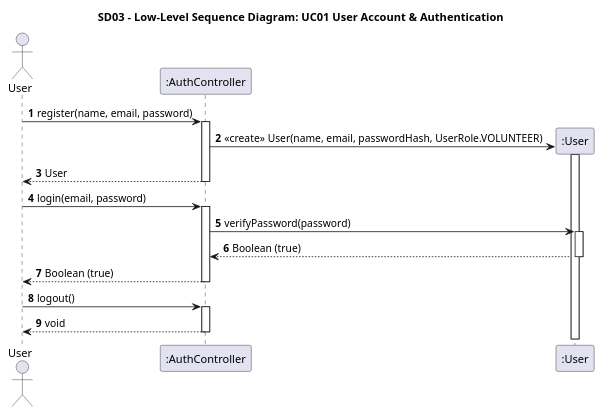
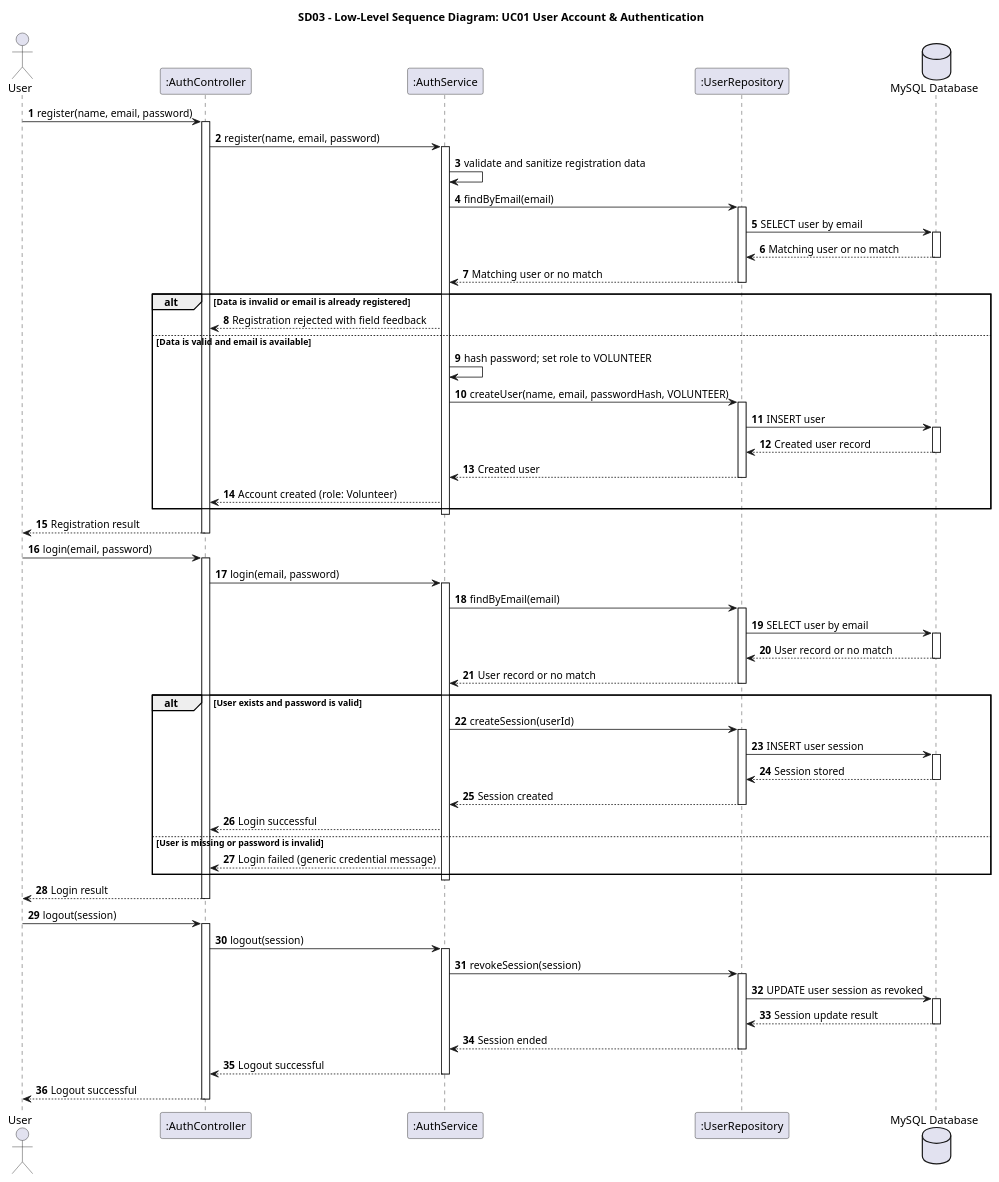
Before and after one commit to LeenQasem/SE-project-group8: the diagram in uml/sequence-diagrams/SD03_Low_Level_UC01_Auth.puml, drawn with PlantUML. The commit also changed 7 other files, not shown here.

```diff
--- a/uml/sequence-diagrams/SD03_Low_Level_UC01_Auth.puml
+++ b/uml/sequence-diagrams/SD03_Low_Level_UC01_Auth.puml
@@ -1,27 +1,86 @@
 @startuml SD03_Low_Level_UC01_Auth
 title SD03 - Low-Level Sequence Diagram: UC01 User Account & Authentication
 autonumber
 actor User
-participant ":AuthController" as Auth
-participant ":User" as U
+participant ":AuthController" as AuthController
+participant ":AuthService" as AuthService
+participant ":UserRepository" as UserRepository
+database "MySQL Database" as DB
 
-User -> Auth : register(name, email, password)
-activate Auth
-Auth -> U ** : <<create>> User(name, email, passwordHash, UserRole.VOLUNTEER)
-activate U
- deactivate U
-Auth --> User : User
-deactivate Auth
-User -> Auth : login(email, password)
-activate Auth
-Auth -> U : verifyPassword(password)
-activate U
-U --> Auth : Boolean (true)
-deactivate U
-Auth --> User : Boolean (true)
-deactivate Auth
-User -> Auth : logout()
-activate Auth
-Auth --> User : void
-deactivate Auth
+User -> AuthController : register(name, email, password)
+activate AuthController
+AuthController -> AuthService : register(name, email, password)
+activate AuthService
+AuthService -> AuthService : validate and sanitize registration data
+AuthService -> UserRepository : findByEmail(email)
+activate UserRepository
+UserRepository -> DB : SELECT user by email
+activate DB
+DB --> UserRepository : Matching user or no match
+deactivate DB
+UserRepository --> AuthService : Matching user or no match
+deactivate UserRepository
+alt Data is invalid or email is already registered
+    AuthService --> AuthController : Registration rejected with field feedback
+else Data is valid and email is available
+    AuthService -> AuthService : hash password; set role to VOLUNTEER
+    AuthService -> UserRepository : createUser(name, email, passwordHash, VOLUNTEER)
+    activate UserRepository
+    UserRepository -> DB : INSERT user
+    activate DB
+    DB --> UserRepository : Created user record
+    deactivate DB
+    UserRepository --> AuthService : Created user
+    deactivate UserRepository
+    AuthService --> AuthController : Account created (role: Volunteer)
+end
+deactivate AuthService
+AuthController --> User : Registration result
+deactivate AuthController
+
+User -> AuthController : login(email, password)
+activate AuthController
+AuthController -> AuthService : login(email, password)
+activate AuthService
+AuthService -> UserRepository : findByEmail(email)
+activate UserRepository
+UserRepository -> DB : SELECT user by email
+activate DB
+DB --> UserRepository : User record or no match
+deactivate DB
+UserRepository --> AuthService : User record or no match
+deactivate UserRepository
+alt User exists and password is valid
+    AuthService -> UserRepository : createSession(userId)
+    activate UserRepository
+    UserRepository -> DB : INSERT user session
+    activate DB
+    DB --> UserRepository : Session stored
+    deactivate DB
+    UserRepository --> AuthService : Session created
+    deactivate UserRepository
+    AuthService --> AuthController : Login successful
+else User is missing or password is invalid
+    AuthService --> AuthController : Login failed (generic credential message)
+end
+deactivate AuthService
+AuthController --> User : Login result
+deactivate AuthController
+
+User -> AuthController : logout(session)
+activate AuthController
+AuthController -> AuthService : logout(session)
+activate AuthService
+AuthService -> UserRepository : revokeSession(session)
+activate UserRepository
+UserRepository -> DB : UPDATE user session as revoked
+activate DB
+DB --> UserRepository : Session update result
+deactivate DB
+UserRepository --> AuthService : Session ended
+deactivate UserRepository
+AuthService --> AuthController : Logout successful
+deactivate AuthService
+AuthController --> User : Logout successful
+deactivate AuthController
 @enduml
```
